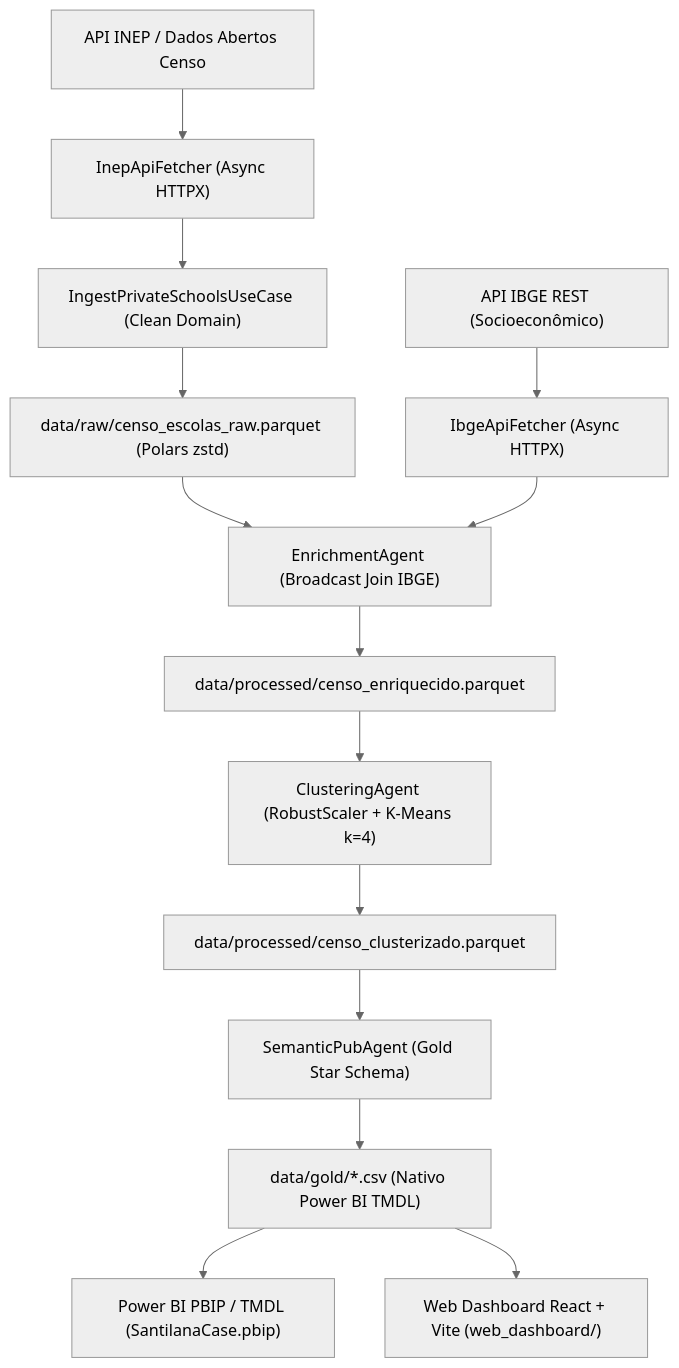
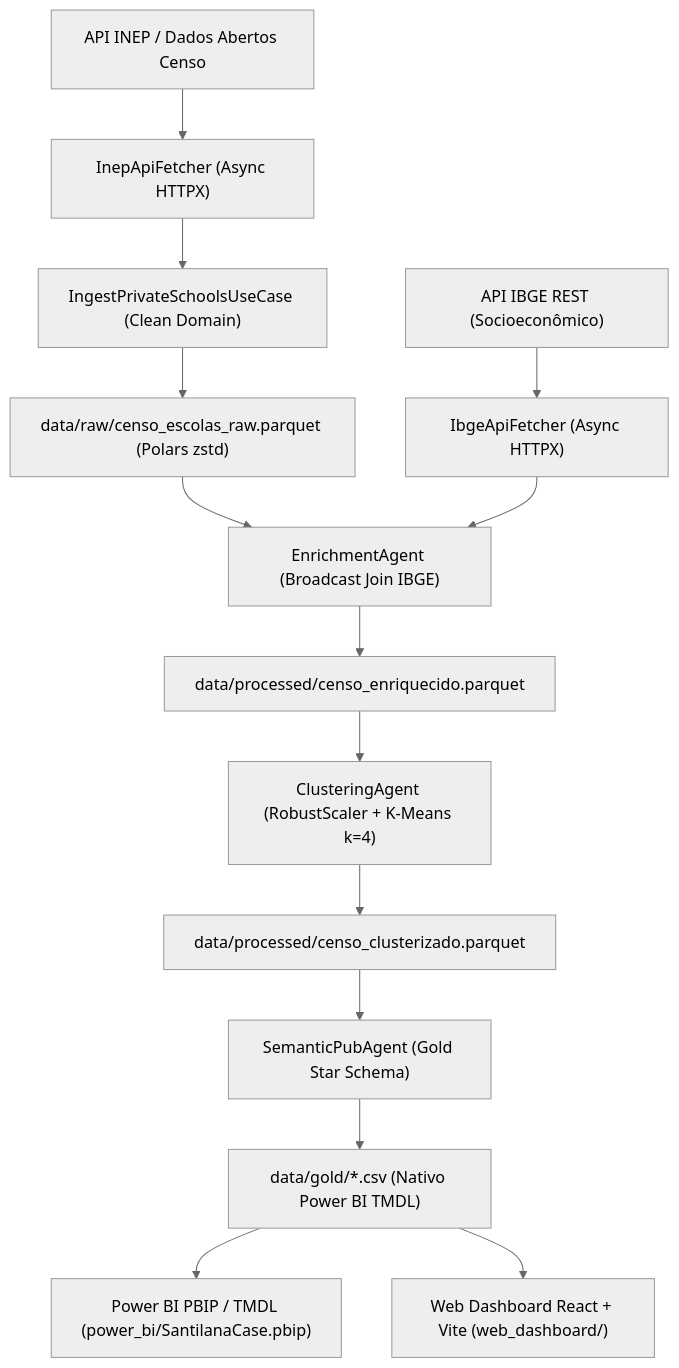
One commit to rafaelrodrigopa/Case-Santilana changed the diagram in README.md. Above: the diagram before and after it, drawn with Mermaid (neutral theme). The commit also changed other lines of this file and 45 other files, not shown here.

````diff
--- a/README.md
+++ b/README.md
@@ -29,21 +29,21 @@
 ```mermaid
 graph TD
     API_INEP["API INEP / Dados Abertos Censo"] --> IngestionFetcher["InepApiFetcher (Async HTTPX)"]
     API_IBGE["API IBGE REST (Socioeconômico)"] --> IbgeFetcher["IbgeApiFetcher (Async HTTPX)"]
     
     IngestionFetcher --> IngestUseCase["IngestPrivateSchoolsUseCase (Clean Domain)"]
     IngestUseCase --> RawParquet["data/raw/censo_escolas_raw.parquet (Polars zstd)"]
     
     RawParquet --> EnrichmentAgent["EnrichmentAgent (Broadcast Join IBGE)"]
     IbgeFetcher --> EnrichmentAgent
     EnrichmentAgent --> ProcessedParquet["data/processed/censo_enriquecido.parquet"]
     
     ProcessedParquet --> ClusteringAgent["ClusteringAgent (RobustScaler + K-Means k=4)"]
     ClusteringAgent --> ClusteredParquet["data/processed/censo_clusterizado.parquet"]
     
     ClusteredParquet --> SemanticPubAgent["SemanticPubAgent (Gold Star Schema)"]
     SemanticPubAgent --> GoldCSV["data/gold/*.csv (Nativo Power BI TMDL)"]
     
-    GoldCSV --> PowerBI["Power BI PBIP / TMDL (SantilanaCase.pbip)"]
+    GoldCSV --> PowerBI["Power BI PBIP / TMDL (power_bi/SantilanaCase.pbip)"]
     GoldCSV --> ReactApp["Web Dashboard React + Vite (web_dashboard/)"]
 ```
````
